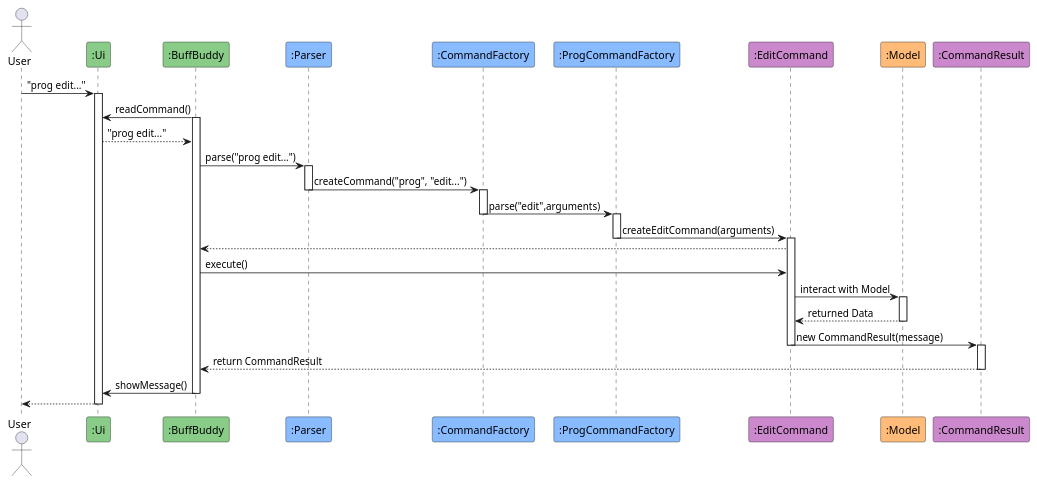
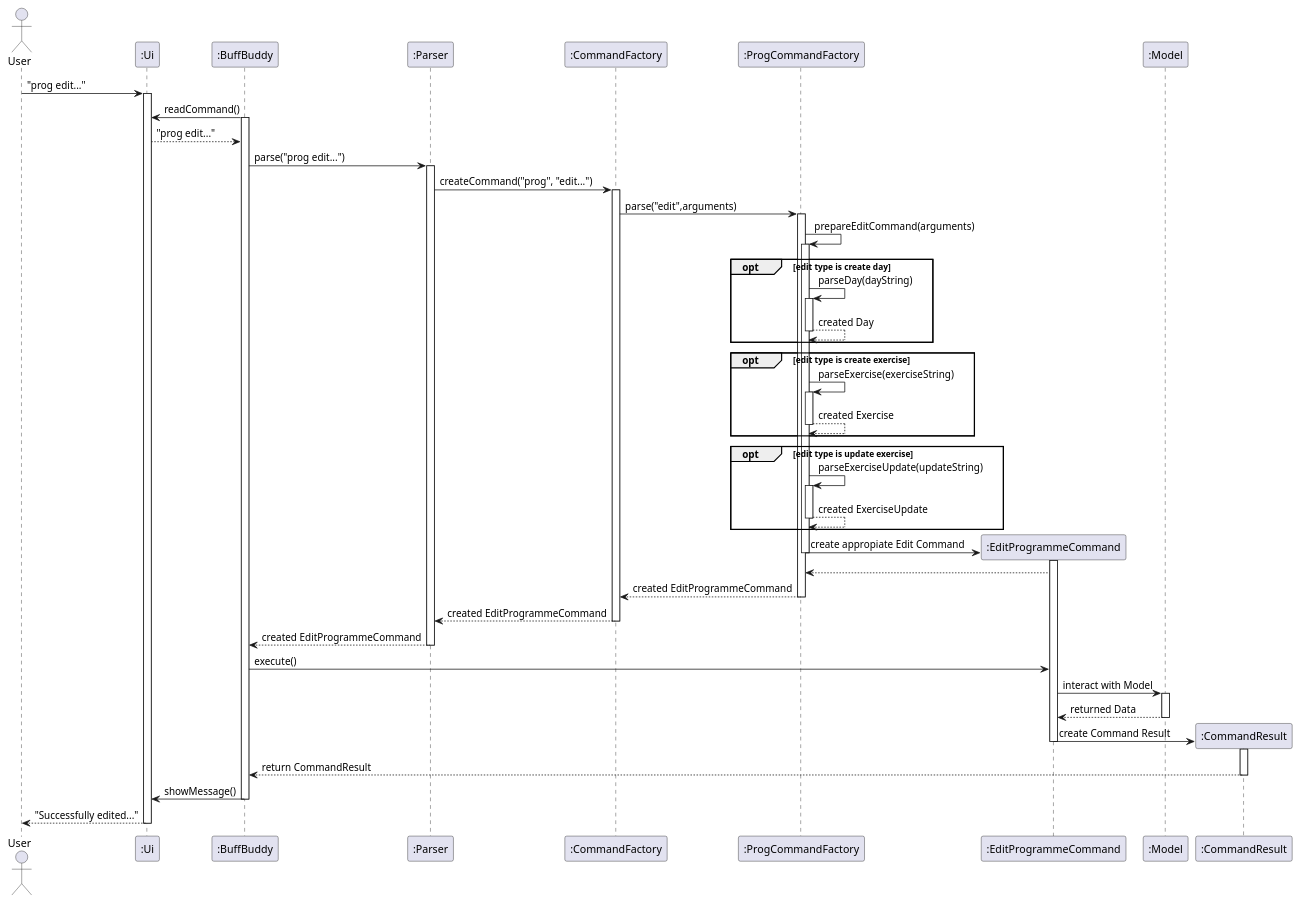
Before and after one commit to nus-cs2113-AY2425S1/tp: the diagram in docs/diagrams/editCommand.puml, drawn with PlantUML. The commit also changed 19 other files, not shown here.

Commit message:
Polish Edit Command documentation

```diff
--- a/docs/diagrams/editCommand.puml
+++ b/docs/diagrams/editCommand.puml
@@ -1,61 +1,90 @@
 @startuml
 actor User
-participant ":Ui" as Ui #88cc88
-participant ":BuffBuddy" as BuffBuddy #88cc88
-participant ":Parser" as Parser #88bbff
-participant ":CommandFactory" as CommandFactory #88bbff
-participant ":ProgCommandFactory" as ProgCommandFactory #88bbff
-participant ":EditCommand" as Command #cc88cc
-participant ":Model" as Model #ffbb77
-participant ":CommandResult" as CommandResult #cc88cc
-
-
-
+participant ":Ui" as Ui 
+participant ":BuffBuddy" as BuffBuddy 
+participant ":Parser" as Parser
+participant ":CommandFactory" as CommandFactory 
+participant ":ProgCommandFactory" as ProgCommandFactory
+participant ":EditProgrammeCommand" as Command
+participant ":Model" as Model
+participant ":CommandResult" as CommandResult
 
 
 User -> Ui : "prog edit..."
 activate Ui
 BuffBuddy -> Ui: readCommand()
 activate BuffBuddy
 Ui --> BuffBuddy : "prog edit..."
 
 BuffBuddy -> Parser : parse("prog edit...")
 activate Parser
 
 Parser -> CommandFactory : createCommand("prog", "edit...")
-deactivate Parser
+
 activate CommandFactory
 
 CommandFactory -> ProgCommandFactory : parse("edit",arguments)
-deactivate CommandFactory
+
 activate ProgCommandFactory
 
+ProgCommandFactory -> ProgCommandFactory : prepareEditCommand(arguments)
+activate ProgCommandFactory
 
-ProgCommandFactory -> Command : createEditCommand(arguments)
+opt edit type is create day
+    ProgCommandFactory -> ProgCommandFactory: parseDay(dayString)
+    activate ProgCommandFactory
+    ProgCommandFactory --> ProgCommandFactory: created Day
+    deactivate ProgCommandFactory
+end
+
+opt edit type is create exercise
+    ProgCommandFactory -> ProgCommandFactory: parseExercise(exerciseString)
+    activate ProgCommandFactory
+    ProgCommandFactory --> ProgCommandFactory: created Exercise
+    deactivate ProgCommandFactory
+end
+
+opt edit type is update exercise
+    ProgCommandFactory -> ProgCommandFactory: parseExerciseUpdate(updateString)
+    activate ProgCommandFactory
+    ProgCommandFactory --> ProgCommandFactory: created ExerciseUpdate
+    deactivate ProgCommandFactory
+end
+
+create Command
+ProgCommandFactory -> Command : create appropiate Edit Command
 deactivate ProgCommandFactory
 
 activate Command
-BuffBuddy <-- Command
+ProgCommandFactory <-- Command
+CommandFactory <-- ProgCommandFactory : created EditProgrammeCommand
+deactivate ProgCommandFactory
+
+Parser <-- CommandFactory : created EditProgrammeCommand
+deactivate CommandFactory
+
+BuffBuddy <-- Parser : created EditProgrammeCommand
+deactivate Parser
 
 BuffBuddy -> Command : execute()
 
 
 Command -> Model : interact with Model
 activate Model
 Command <-- Model: returned Data
 deactivate Model
 
-
-Command -> CommandResult: new CommandResult(message)
+create CommandResult
+Command -> CommandResult: create Command Result
 
 deactivate Command
 activate CommandResult
 BuffBuddy <-- CommandResult : return CommandResult
 deactivate CommandResult
 BuffBuddy -> Ui : showMessage()
 deactivate BuffBuddy
 
-User <-- Ui
+User <-- Ui : "Successfully edited..."
 deactivate Ui
 
 @enduml
```
